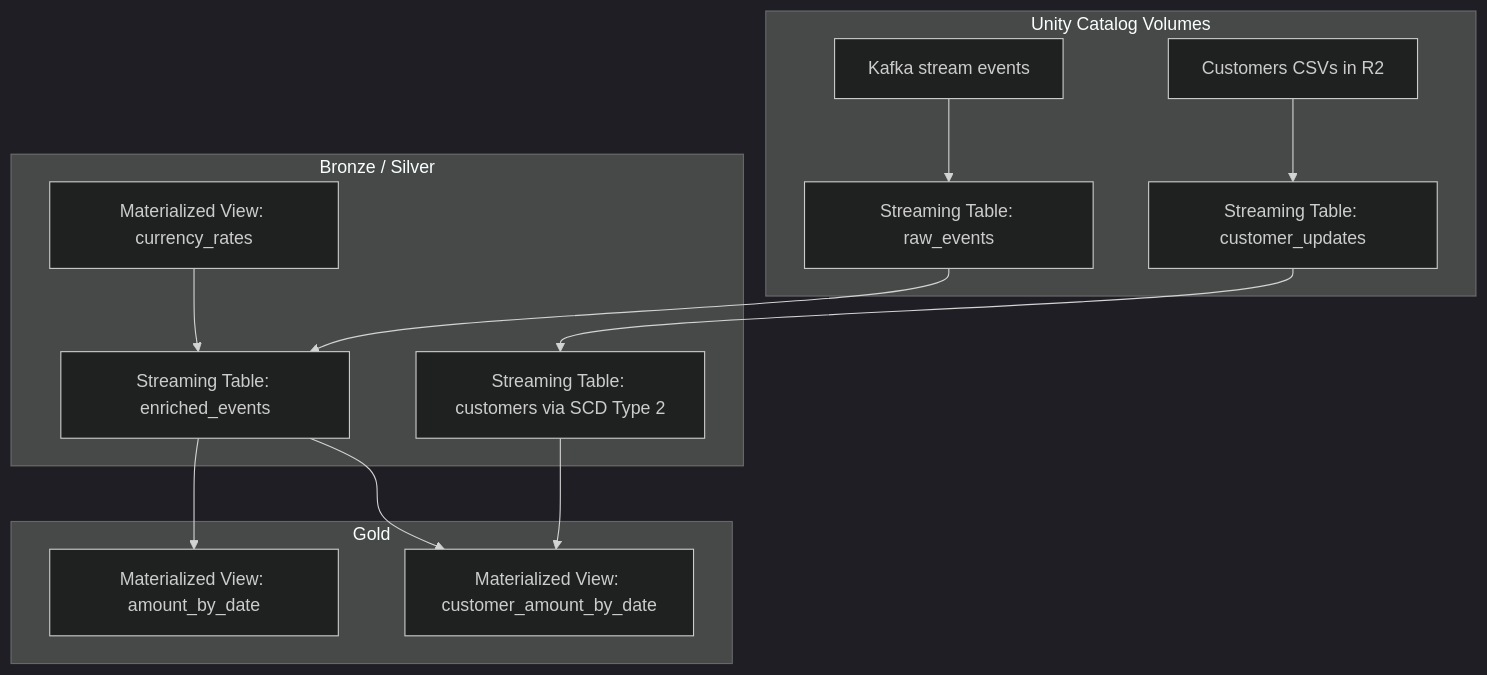
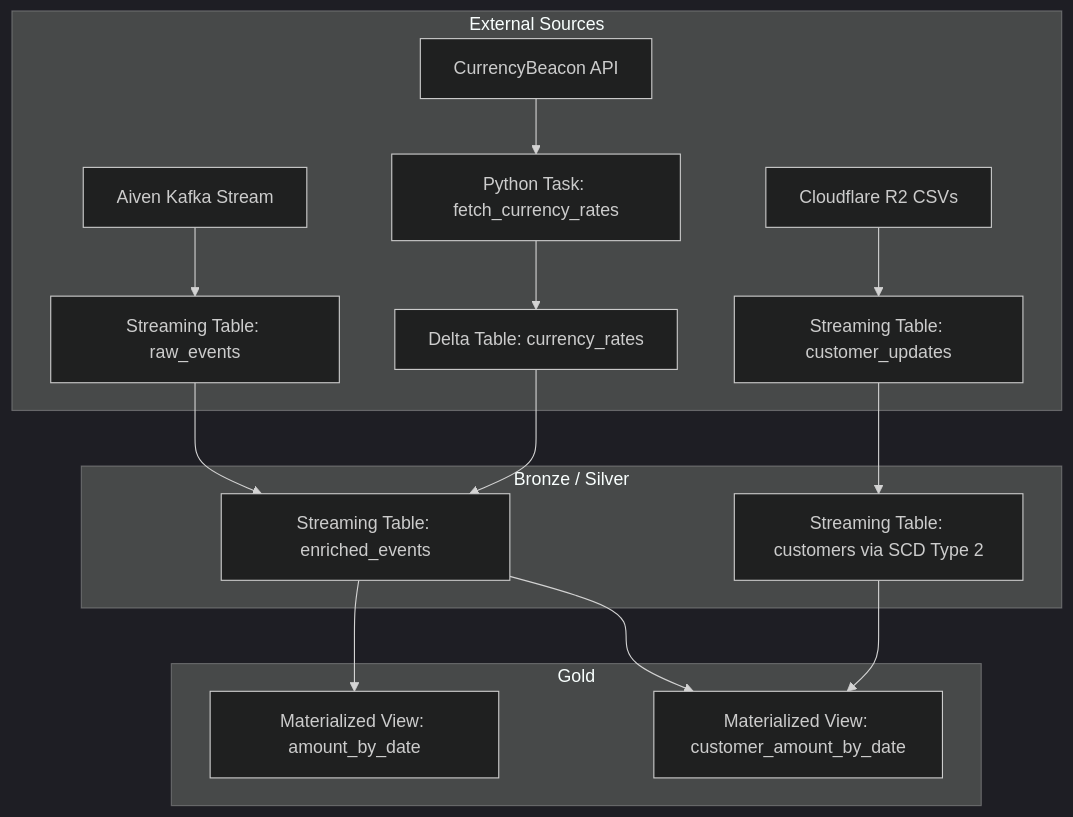
Before and after one commit to m7w/databricks-de-associate-prep: the diagram in README.md, drawn with Mermaid (dark theme). The commit also changed other lines of this file and 1 other file, not shown here.

````diff
--- a/README.md
+++ b/README.md
@@ -21,19 +21,20 @@
 ```mermaid
 graph TD
-    subgraph Unity Catalog Volumes
-        EV[Kafka stream events] --> RE[Streaming Table: raw_events]
-        CV[Customers CSVs in R2] --> CU[Streaming Table: customer_updates]
+    subgraph External Sources
+        K[Aiven Kafka Stream] --> RE[Streaming Table: raw_events]
+        R2[Cloudflare R2 CSVs] --> CU[Streaming Table: customer_updates]
+        API[CurrencyBeacon API] --> CR[Python Task: fetch_currency_rates] --> CRD[Delta Table: currency_rates]
     end
 
     subgraph Bronze / Silver
         RE --> EE[Streaming Table: enriched_events]
-        CR[Materialized View: currency_rates] --> EE
+        CRD --> EE
         CU --> C[Streaming Table: customers via SCD Type 2]
     end
 
     subgraph Gold
         EE --> ABD[Materialized View: amount_by_date]
         EE --> CAD[Materialized View: customer_amount_by_date]
         C --> CAD
     end
 ```
````
